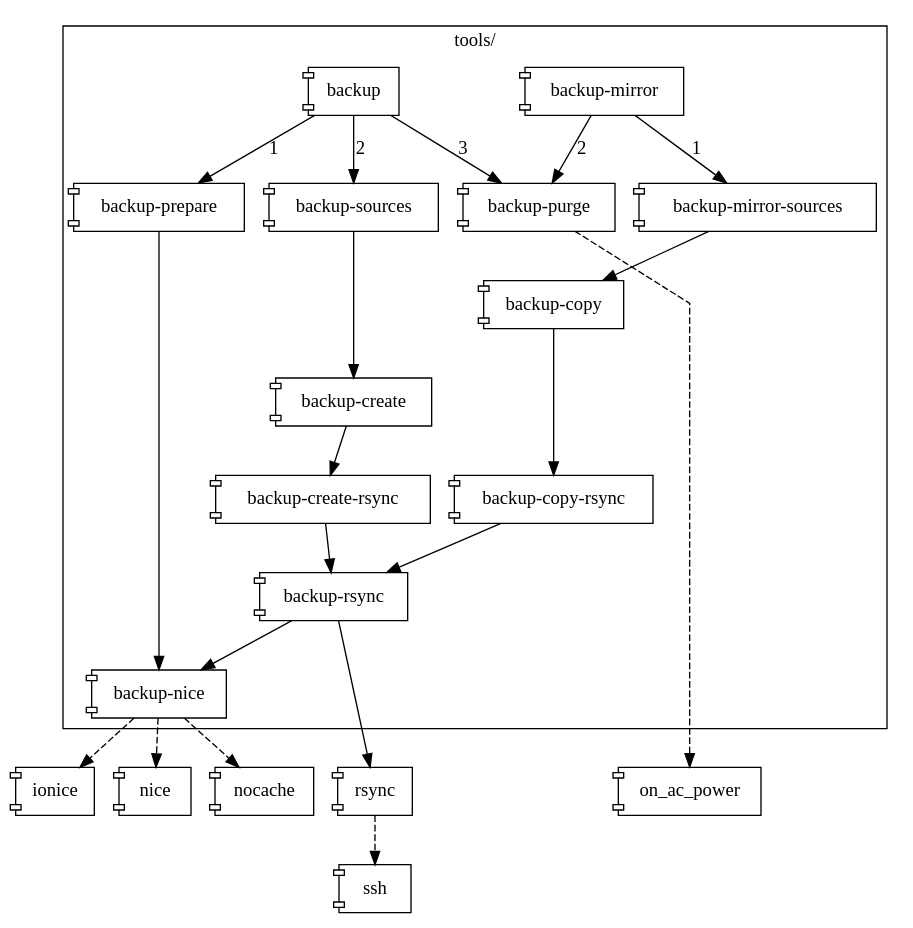
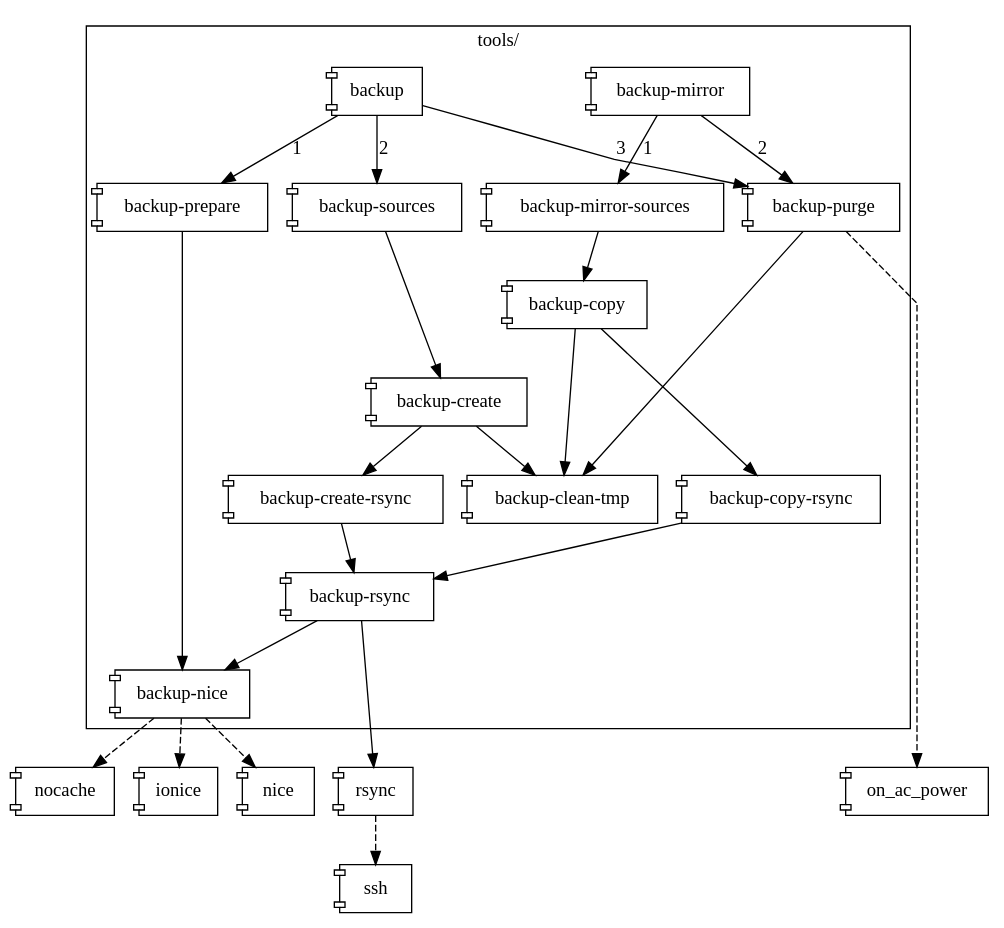
The diagram in tools/doc/backup-all.gv (eehakkin/rsync-backup), drawn with Graphviz before and after one commit. The commit also changed 6 other files, not shown here.

```diff
--- a/tools/doc/backup-all.gv
+++ b/tools/doc/backup-all.gv
@@ -1,28 +1,31 @@
 digraph "rsync-backup" {
 	graph	[ splines = polyline ]
 	node	[ shape = component ]
 	subgraph "cluster:tools" {
 		graph	[ label = "tools/" ]
 		node	[ target = "_parent", URL = "../#\N" ]
 		"backup"		-> "backup-prepare"		[ label = 1 ]
 		"backup"		-> "backup-sources"		[ label = 2 ]
 		"backup"		-> "backup-purge"		[ label = 3 ]
+		"backup-copy"		-> "backup-clean-tmp"
 		"backup-copy"		-> "backup-copy-rsync"		[ minlen = 2 ]
 		"backup-copy"		-> "backup-create"		[ style = invis ]
 		"backup-copy-rsync"	-> "backup-rsync"
+		"backup-create"		-> "backup-clean-tmp"
 		"backup-create"		-> "backup-create-rsync"
 		"backup-create-rsync"	-> "backup-rsync"
 		"backup-mirror"		-> "backup-mirror-sources"	[ label = 1 ]
 		"backup-mirror"		-> "backup-purge"		[ label = 2 ]
 		"backup-mirror-sources"	-> "backup-copy"
 		"backup-prepare"	-> "backup-nice"		[ minlen = 5 ]
+		"backup-purge"		-> "backup-clean-tmp"
 		"backup-rsync"		-> "backup-nice"
 		"backup-sources"	-> "backup-create"		[ minlen = 2 ]
 	}
 	"backup-nice"	-> "ionice"		[ style = dashed ]
 	"backup-nice"	-> "nice"		[ style = dashed ]
 	"backup-nice"	-> "nocache"		[ style = dashed ]
 	"backup-purge"	-> "on_ac_power"	[ minlen = 6, style = dashed ]
 	"backup-rsync"	-> "rsync"		[ minlen = 2 ]
 	"rsync"		-> "ssh"		[ style = dashed ]
 }
```
